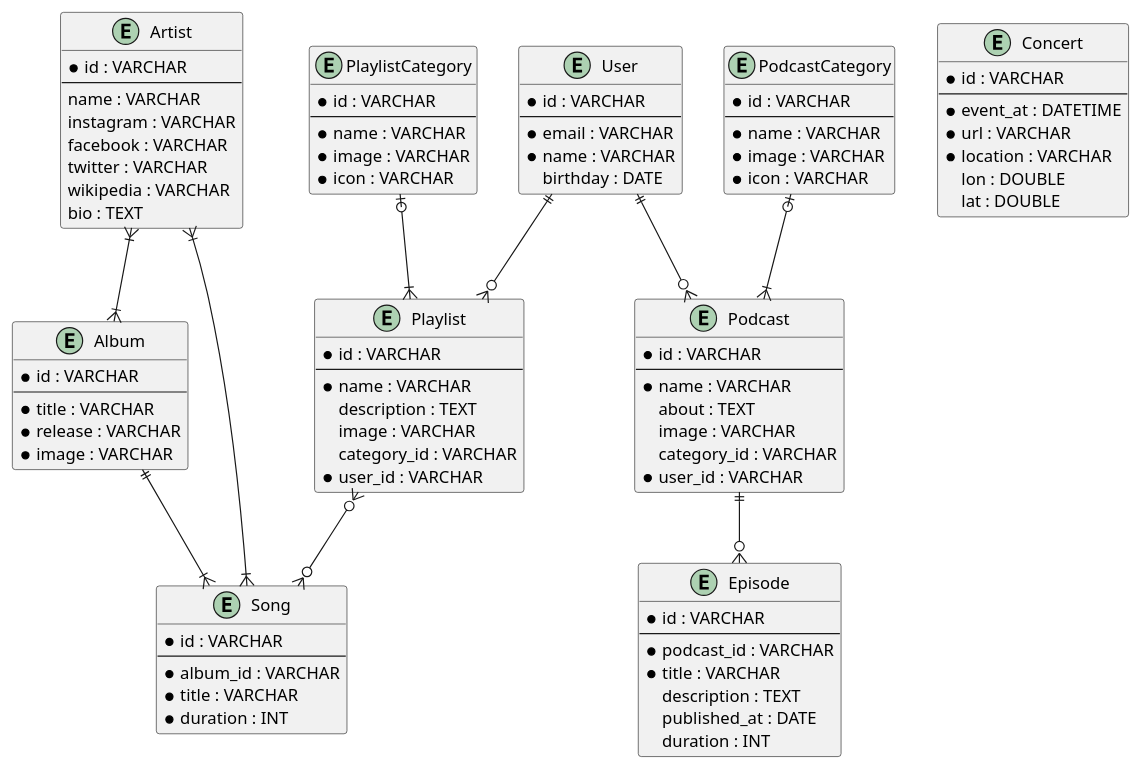
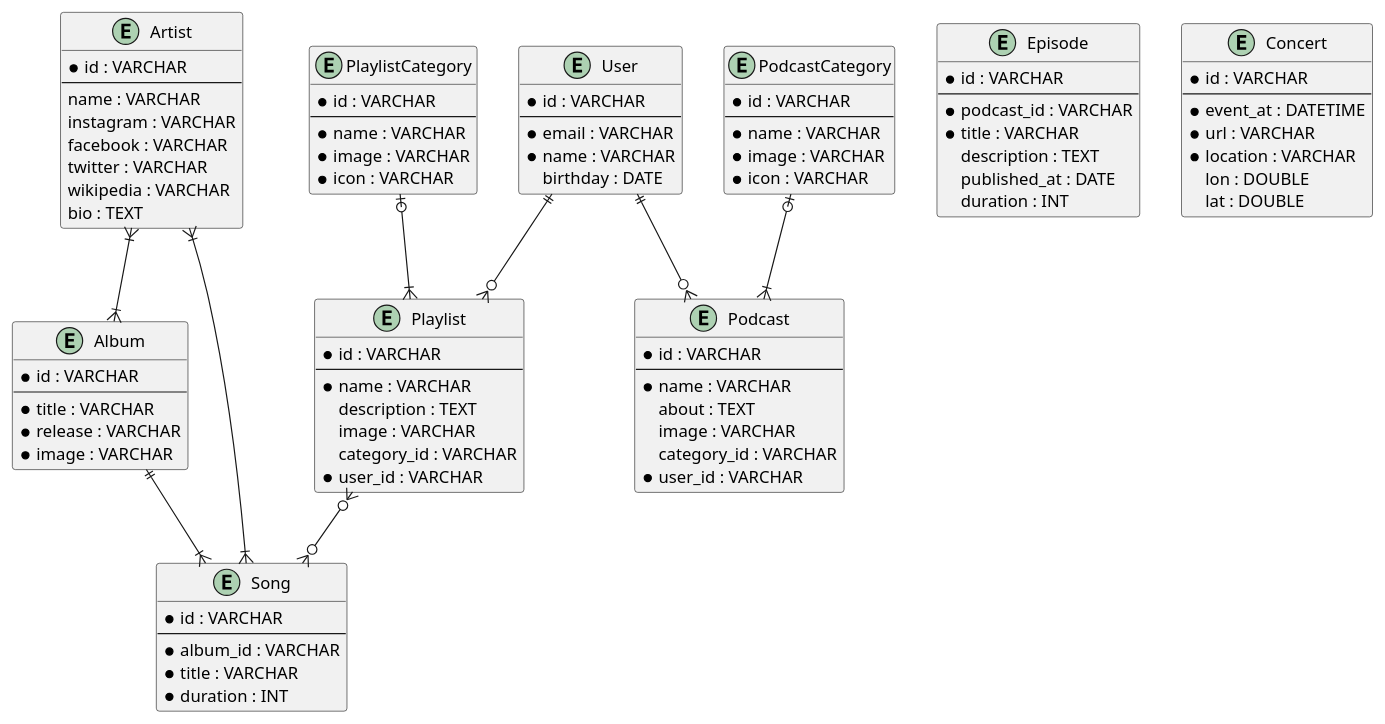
One commit to muhammad-huzaifah/database_design changed the diagram in relasi_entity_podcast.puml. Above: the diagram before and after it, drawn with PlantUML.

Commit message:
add relasi entity podcast

```diff
--- a/relasi_entity_podcast.puml
+++ b/relasi_entity_podcast.puml
@@ -1,110 +1,109 @@
 @startuml
 entity Artist{
     * id : VARCHAR
     --
     name : VARCHAR
     instagram : VARCHAR
     facebook : VARCHAR
     twitter : VARCHAR
     wikipedia : VARCHAR
     bio : TEXT
 }
 
 entity Album{
     * id : VARCHAR
     --
     * title : VARCHAR
     * release : VARCHAR
     * image : VARCHAR
 }
 
 entity Song{
     * id : VARCHAR
     --
     * album_id : VARCHAR
     * title : VARCHAR
     * duration : INT
 }
 
 entity PlaylistCategory{
     * id : VARCHAR
     --
     * name : VARCHAR
     * image : VARCHAR
     * icon : VARCHAR
 }
 
 entity Playlist{
     * id : VARCHAR
     --
     * name : VARCHAR
     description : TEXT
     image : VARCHAR
     category_id : VARCHAR
     *user_id : VARCHAR
 }
 
 entity PodcastCategory{
     * id : VARCHAR
     --
     * name : VARCHAR
     * image : VARCHAR
     * icon : VARCHAR
 }
 
 entity Podcast{
     * id : VARCHAR
     --
     * name : VARCHAR
     about : TEXT
     image : VARCHAR
     category_id : VARCHAR
     * user_id : VARCHAR
 }
 
 entity Episode{
     * id : VARCHAR
     --
     * podcast_id : VARCHAR
     * title : VARCHAR
     description : TEXT
     published_at : DATE
     duration : INT
 }
 
 entity User{
     * id : VARCHAR
     --
     * email : VARCHAR
     * name : VARCHAR
     birthday : DATE
 }
 
 entity Concert{
     * id : VARCHAR
     --
     * event_at : DATETIME
     * url : VARCHAR
     * location : VARCHAR
     lon : DOUBLE
     lat : DOUBLE
 }
 
 Artist }|--|{ Album
 
 Album ||--|{ Song
 
 Artist }|--|{ Song
 
 PlaylistCategory |o--|{ Playlist
 
 User ||--o{ Playlist
 
 Playlist }o--o{ Song
 
 PodcastCategory |o--|{ Podcast
 
 User ||--o{ Podcast
 
-Podcast ||--o{ Episode
 @enduml
```
